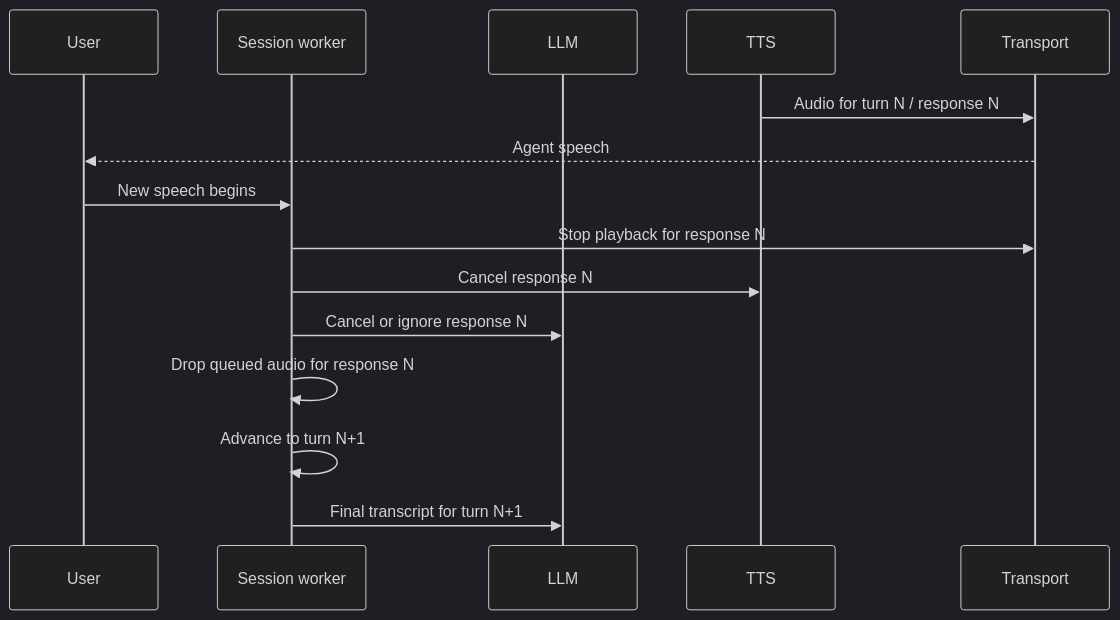
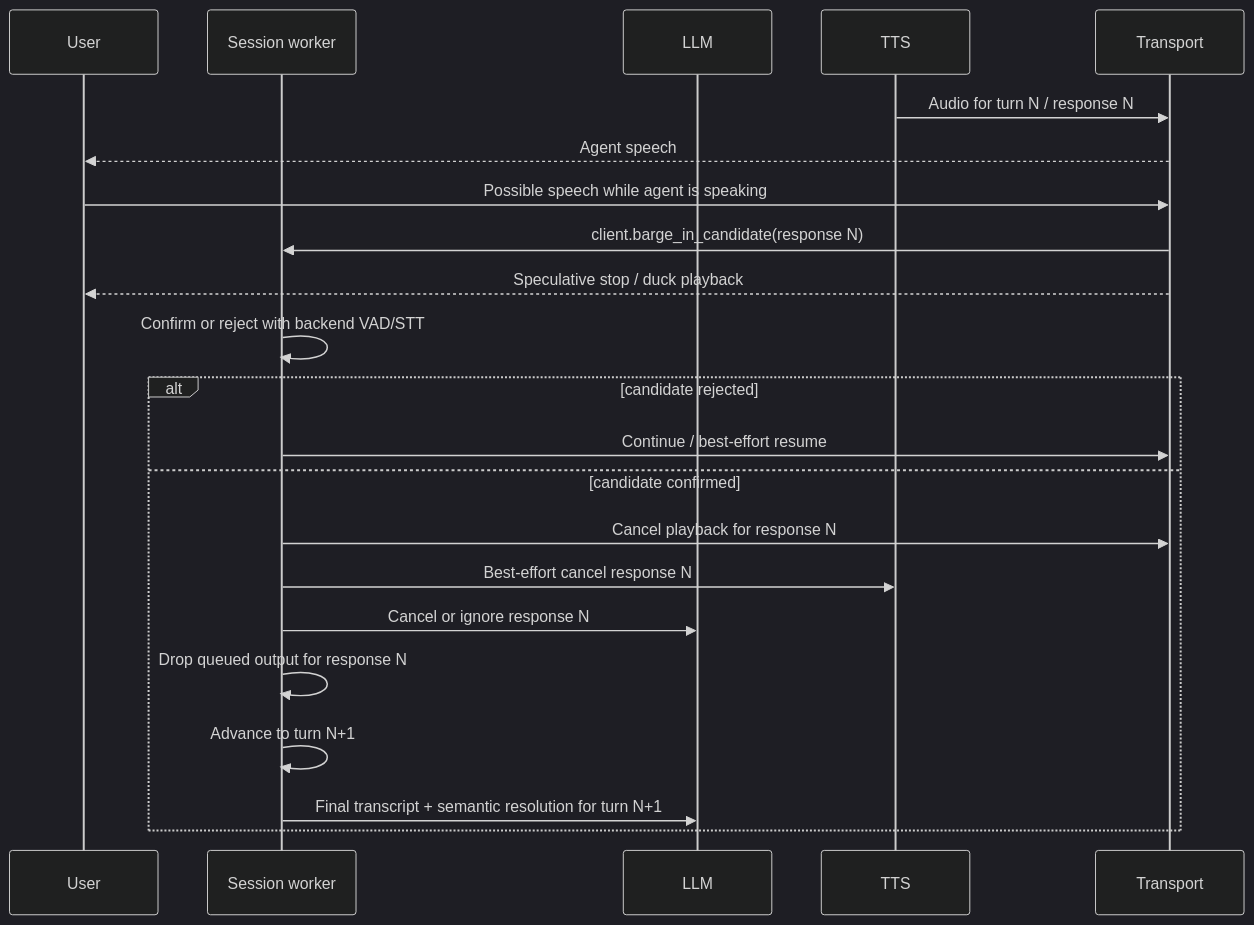
One commit to sivagirish81/VoiceMesh changed the second of 4 diagrams in docs/architecture.md. Above: the diagram before and after it, drawn with Mermaid (dark theme). The commit also changed other lines of this file and 26 other files, not shown here.

Commit message:
feat: add confirmed barge-in flow

````diff
--- a/docs/architecture.md
+++ b/docs/architecture.md
@@ -178,18 +178,25 @@
 ```mermaid
 sequenceDiagram
     participant User
     participant Session as Session worker
     participant LLM
     participant TTS
     participant Transport
 
     TTS->>Transport: Audio for turn N / response N
     Transport-->>User: Agent speech
-    User->>Session: New speech begins
-    Session->>Transport: Stop playback for response N
-    Session->>TTS: Cancel response N
-    Session->>LLM: Cancel or ignore response N
-    Session->>Session: Drop queued audio for response N
-    Session->>Session: Advance to turn N+1
-    Session->>LLM: Final transcript for turn N+1
+    User->>Transport: Possible speech while agent is speaking
+    Transport->>Session: client.barge_in_candidate(response N)
+    Transport-->>User: Speculative stop / duck playback
+    Session->>Session: Confirm or reject with backend VAD/STT
+    alt candidate rejected
+      Session->>Transport: Continue / best-effort resume
+    else candidate confirmed
+      Session->>Transport: Cancel playback for response N
+      Session->>TTS: Best-effort cancel response N
+      Session->>LLM: Cancel or ignore response N
+      Session->>Session: Drop queued output for response N
+      Session->>Session: Advance to turn N+1
+      Session->>LLM: Final transcript + semantic resolution for turn N+1
+    end
 ```
````
